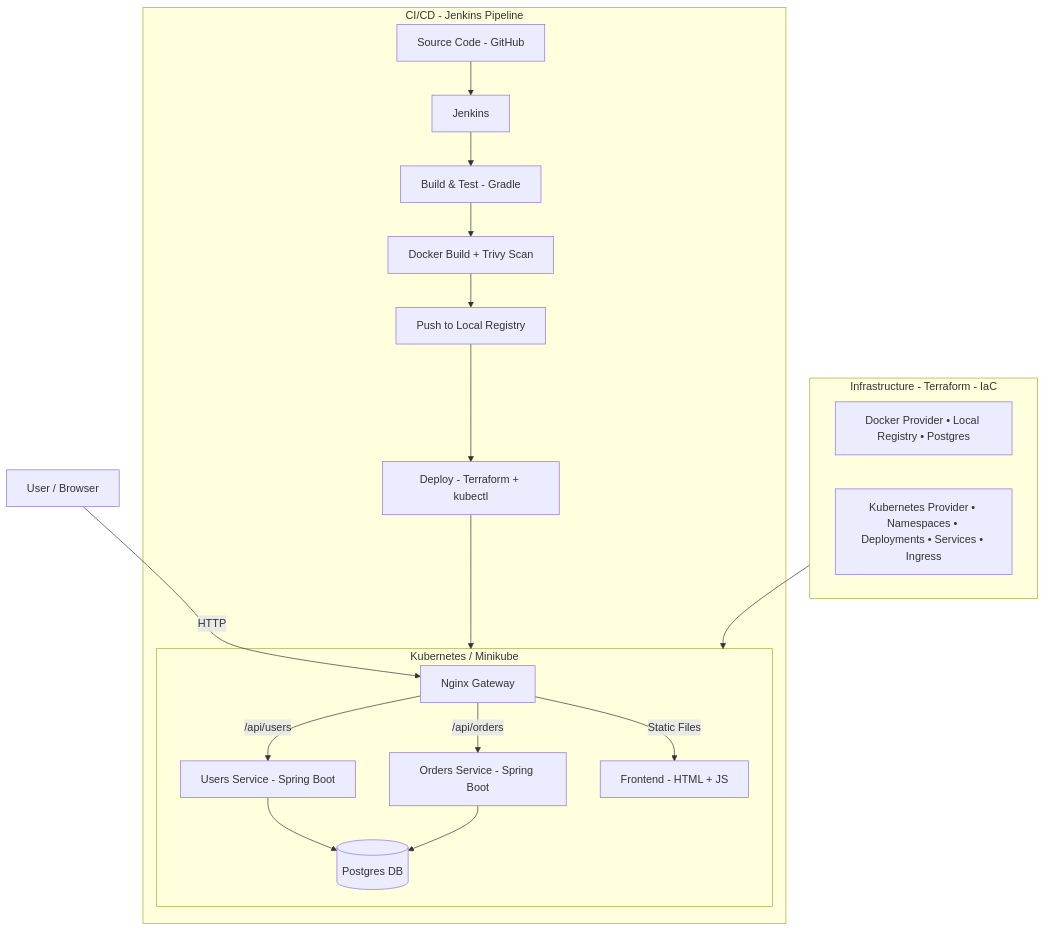
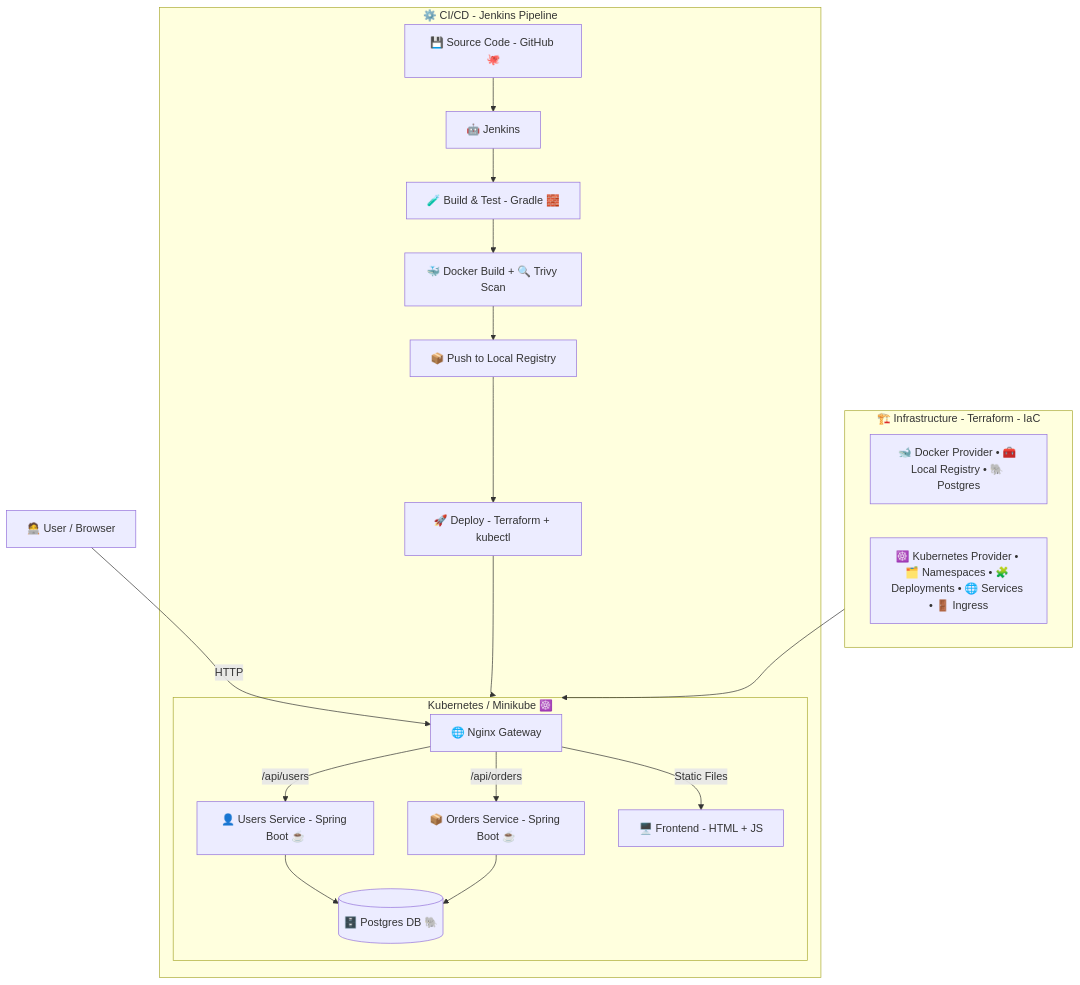
Before and after one commit to VaibhavPithadiya/micro-ops-hub: the diagram in docs/architecture.md, drawn with Mermaid.

````diff
--- a/docs/architecture.md
+++ b/docs/architecture.md
@@ -5,28 +5,28 @@
 ```mermaid
 graph TD
-    A[User / Browser] -->|HTTP| B[Nginx Gateway]
+    A[🧑‍💻 User / Browser] -->|HTTP| B[🌐 Nginx Gateway]
 
-    subgraph Cluster[Kubernetes / Minikube]
-        B -->|/api/users| C[Users Service - Spring Boot]
-        B -->|/api/orders| D[Orders Service - Spring Boot]
-        B -->|Static Files| E[Frontend - HTML + JS]
-        C --> F[(Postgres DB)]
+    subgraph Cluster[Kubernetes / Minikube ☸️]
+        B -->|/api/users| C[👤 Users Service - Spring Boot ☕]
+        B -->|/api/orders| D[📦 Orders Service - Spring Boot ☕]
+        B -->|Static Files| E[🖥️ Frontend - HTML + JS]
+        C --> F[(🗄️ Postgres DB 🐘)]
         D --> F
     end
 
-    subgraph CI_CD[CI/CD - Jenkins Pipeline]
-        G[Source Code - GitHub] --> H[Jenkins]
-        H --> I[Build & Test - Gradle]
-        I --> J[Docker Build + Trivy Scan]
-        J --> K[Push to Local Registry]
-        K --> L[Deploy - Terraform + kubectl]
+    subgraph CI_CD[⚙️ CI/CD - Jenkins Pipeline]
+        G[💾 Source Code - GitHub 🐙] --> H[🤖 Jenkins]
+        H --> I[🧪 Build & Test - Gradle 🧱]
+        I --> J[🐳 Docker Build + 🔍 Trivy Scan]
+        J --> K[📦 Push to Local Registry]
+        K --> L[🚀 Deploy - Terraform + kubectl]
         L --> Cluster
     end
 
-    subgraph Infra[Infrastructure - Terraform - IaC]
-        M[Docker Provider • Local Registry • Postgres]
-        N[Kubernetes Provider • Namespaces • Deployments • Services • Ingress]
+    subgraph Infra[🏗️ Infrastructure - Terraform - IaC]
+        M[🐋 Docker Provider • 🧰 Local Registry • 🐘 Postgres]
+        N[☸️ Kubernetes Provider • 🗂️ Namespaces • 🧩 Deployments • 🌐 Services • 🚪 Ingress]
     end
 
     Infra --> Cluster
 ```
````
